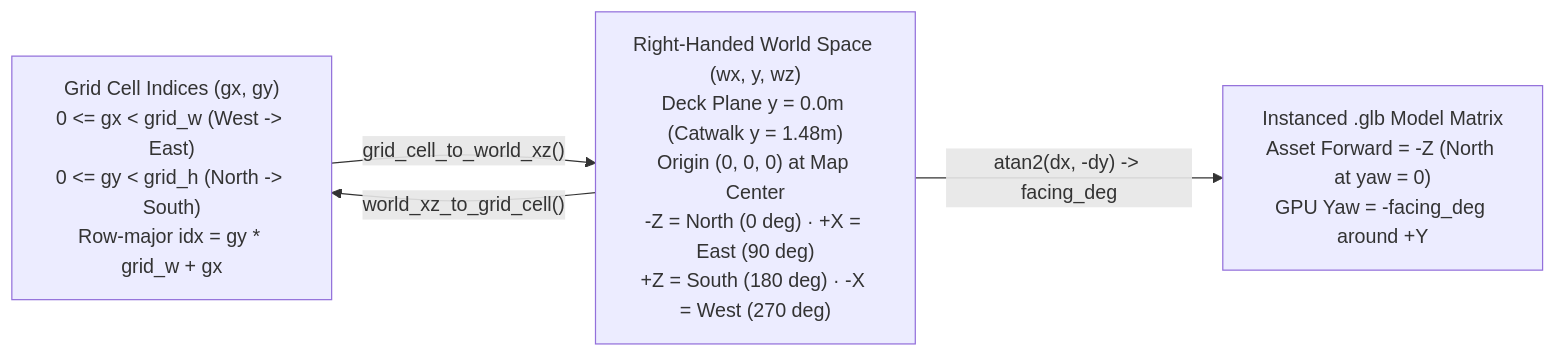
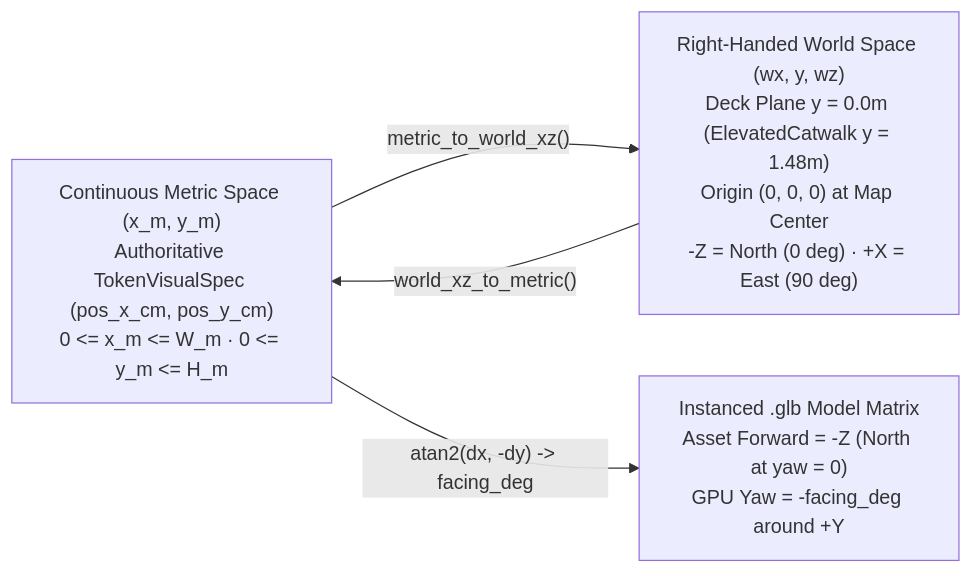
One commit to rarebreed/satya changed the second of 3 diagrams in docs/technical/satya-web/02-3d-tactical-map-diorama.md. Above: the diagram before and after it, drawn with Mermaid. The commit also changed other lines of this file and 61 other files, not shown here.

````diff
--- a/docs/technical/satya-web/02-3d-tactical-map-diorama.md
+++ b/docs/technical/satya-web/02-3d-tactical-map-diorama.md
@@ -71,10 +76,10 @@
 ```mermaid
 flowchart LR
-    Grid["Grid Cell Indices (gx, gy)\n0 <= gx < grid_w (West -> East)\n0 <= gy < grid_h (North -> South)\nRow-major idx = gy * grid_w + gx"]
-    World["Right-Handed World Space (wx, y, wz)\nDeck Plane y = 0.0m (Catwalk y = 1.48m)\nOrigin (0, 0, 0) at Map Center\n-Z = North (0 deg) · +X = East (90 deg)\n+Z = South (180 deg) · -X = West (270 deg)"]
+    Metric["Continuous Metric Space (x_m, y_m)\nAuthoritative TokenVisualSpec (pos_x_cm, pos_y_cm)\n0 <= x_m <= W_m · 0 <= y_m <= H_m"]
+    World["Right-Handed World Space (wx, y, wz)\nDeck Plane y = 0.0m (ElevatedCatwalk y = 1.48m)\nOrigin (0, 0, 0) at Map Center\n-Z = North (0 deg) · +X = East (90 deg)"]
     GLB["Instanced .glb Model Matrix\nAsset Forward = -Z (North at yaw = 0)\nGPU Yaw = -facing_deg around +Y"]
 
-    Grid -->|"grid_cell_to_world_xz()"| World
-    World -->|"world_xz_to_grid_cell()"| Grid
-    World -->|"atan2(dx, -dy) -> facing_deg"| GLB
+    Metric -->|"metric_to_world_xz()"| World
+    World -->|"world_xz_to_metric()"| Metric
+    Metric -->|"atan2(dx, -dy) -> facing_deg"| GLB
 ```
````
